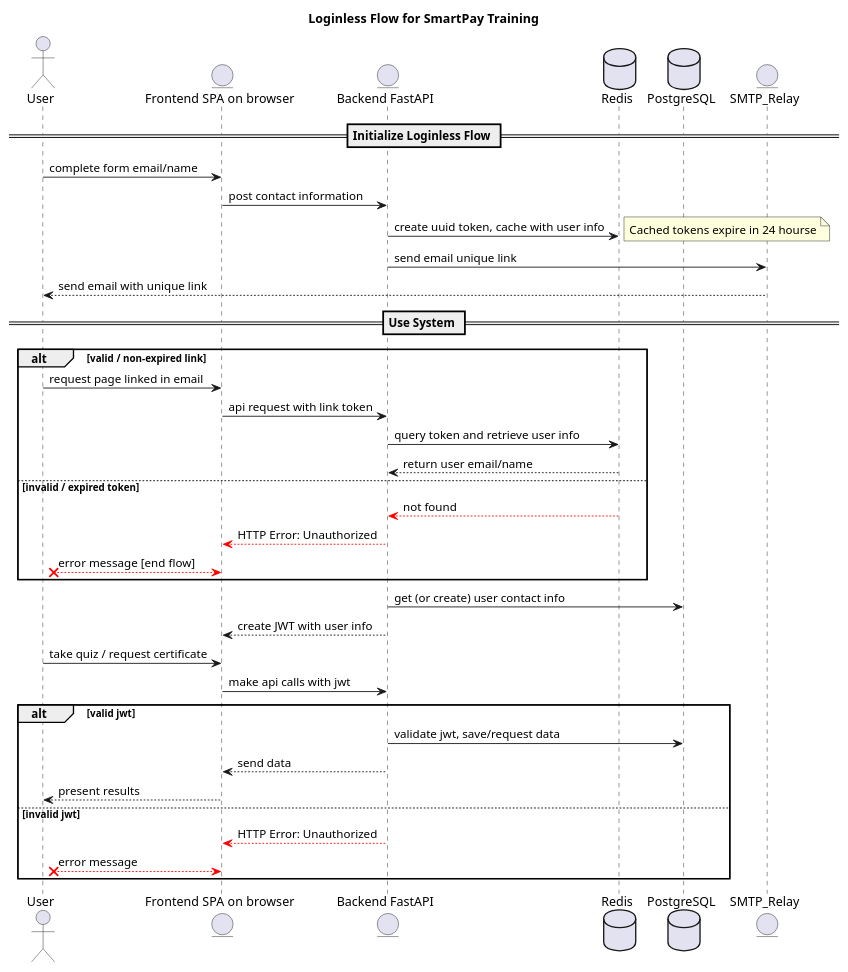
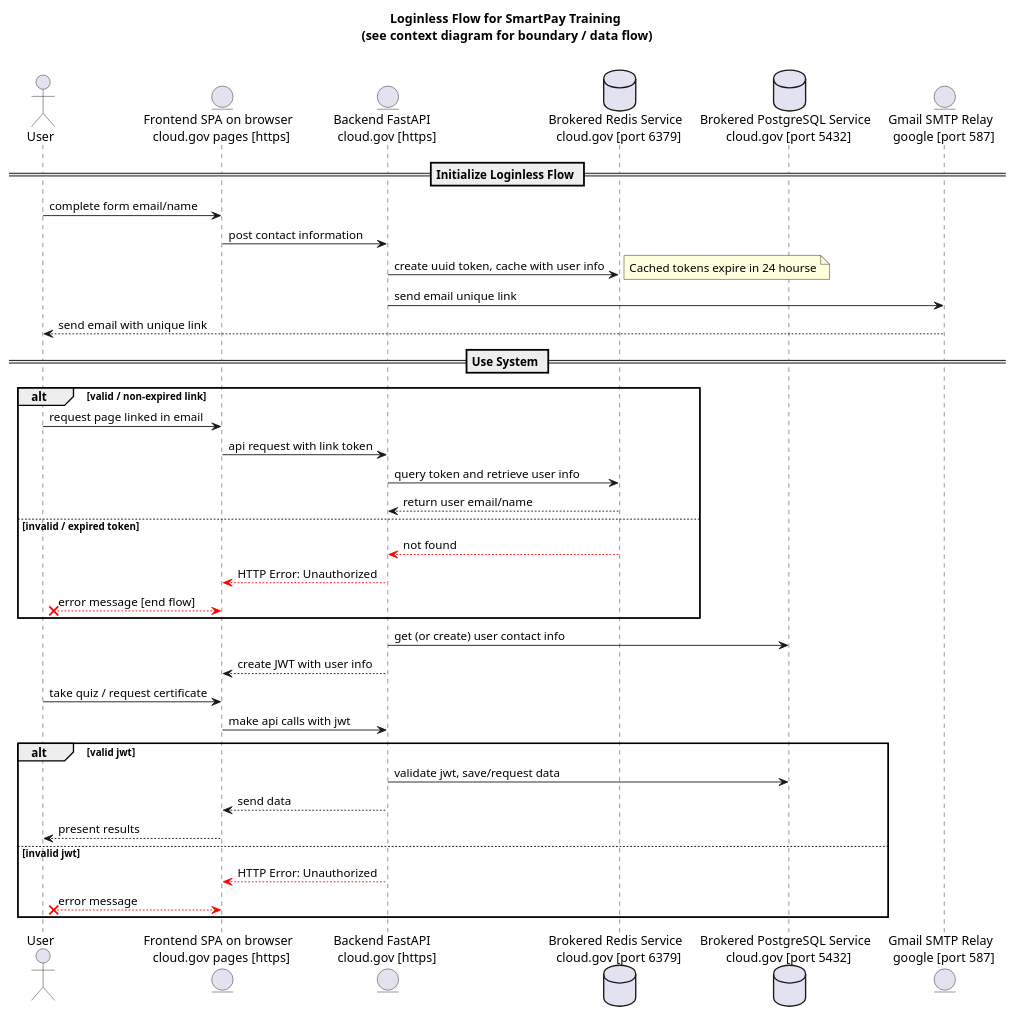
The diagram in docs/diagrams/logineless_sequence.puml (GSA/smartpay-training), drawn with PlantUML before and after one commit. The commit also changed 11 other files, not shown here.

```diff
--- a/docs/diagrams/logineless_sequence.puml
+++ b/docs/diagrams/logineless_sequence.puml
@@ -1,44 +1,45 @@
 @startuml loginless_sequence
-title Loginless Flow for SmartPay Training
+title Loginless Flow for SmartPay Training \n (see context diagram for boundary / data flow) \n
 actor User as user
-entity "Frontend SPA on browser" as frontend
-entity "Backend FastAPI" as backend
-database Redis as redis
-database PostgreSQL as database
+entity "Frontend SPA on browser \n cloud.gov pages [https]" as frontend
+entity "Backend FastAPI  \n cloud.gov [https]" as backend
+database "Brokered Redis Service \n cloud.gov [port 6379]" as redis
+database "Brokered PostgreSQL Service \n cloud.gov [port 5432]" as database
+entity "Gmail SMTP Relay \n google [port 587]" as smtp
+
+
 == Initialize Loginless Flow ==
-
-entity SMTP_Relay as smtp
 user -> frontend: complete form email/name
 frontend -> backend: post contact information
 backend -> redis: create uuid token, cache with user info
 note right
   Cached tokens expire in 24 hourse
 end note
 
 backend -> smtp: send email unique link
 user <-- smtp: send email with unique link
 == Use System ==
 alt valid / non-expired link
   user -> frontend: request page linked in email
   frontend -> backend: api request with link token
   backend -> redis: query token and retrieve user info
   backend <-- redis: return user email/name
 
 else invalid / expired token
   backend <--[#red] redis: not found
   frontend <--[#red] backend: HTTP Error: Unauthorized
   user x--[#red] frontend: error message [end flow]
 end
 backend -> database: get (or create) user contact info
 frontend <-- backend: create JWT with user info
 user -> frontend: take quiz / request certificate
 frontend -> backend: make api calls with jwt 
 alt valid jwt
   backend -> database: validate jwt, save/request data
   frontend <-- backend: send data
   user <-- frontend: present results
 else invalid jwt
   frontend <--[#red] backend: HTTP Error: Unauthorized
   user x--[#red] frontend: error message
 end
 @enduml
```
